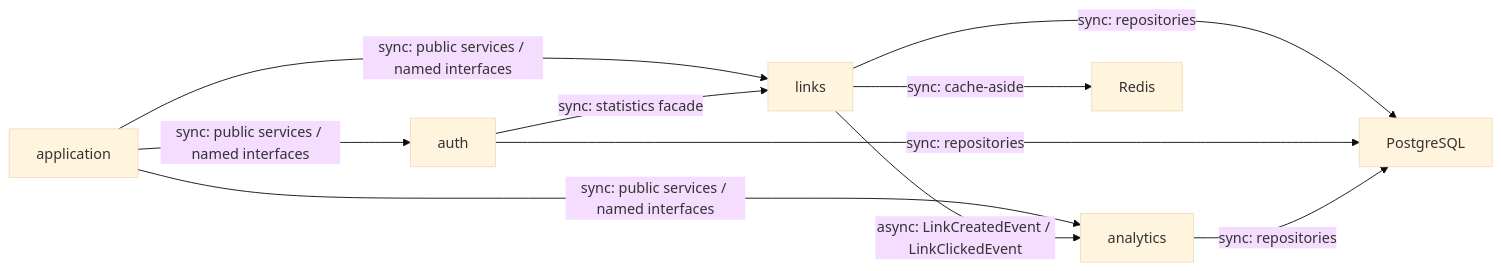
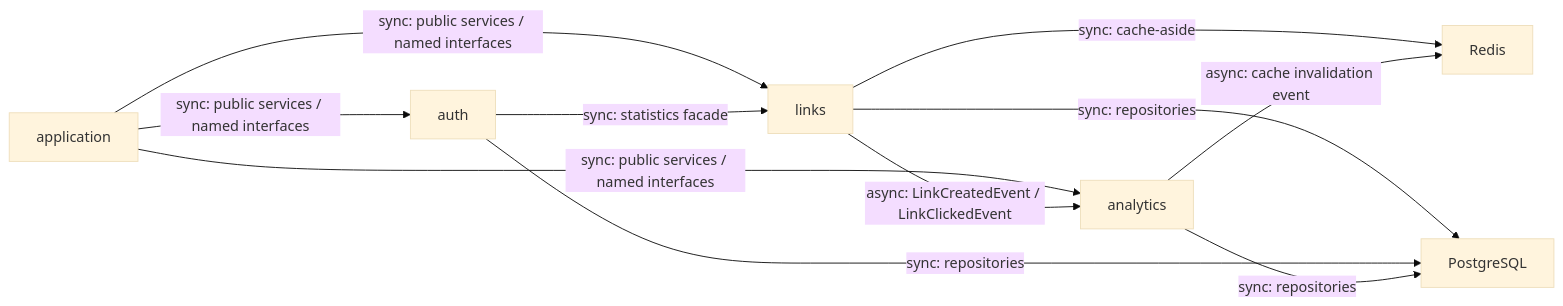
The first of 6 diagrams in docs/design/module-communication.md (leoyakubov/weblink-pilot), drawn with Mermaid (base theme) before and after one commit. The commit also changed other lines of this file and 8 other files, not shown here.

Commit message:
feat: async analytics cache invalidation

````diff
--- a/docs/design/module-communication.md
+++ b/docs/design/module-communication.md
@@ -52,12 +53,13 @@
 ```mermaid
 flowchart LR
   A["application"] -->|"sync: public services / named interfaces"| B["auth"]
   A -->|"sync: public services / named interfaces"| C["links"]
   A -->|"sync: public services / named interfaces"| D["analytics"]
   B -->|"sync: statistics facade"| C
   C -->|"async: LinkCreatedEvent / LinkClickedEvent"| D
   C -->|"sync: cache-aside"| R["Redis"]
+  D -->|"async: cache invalidation event"| R
   C -->|"sync: repositories"| P["PostgreSQL"]
   B -->|"sync: repositories"| P
   D -->|"sync: repositories"| P
 ```
````
